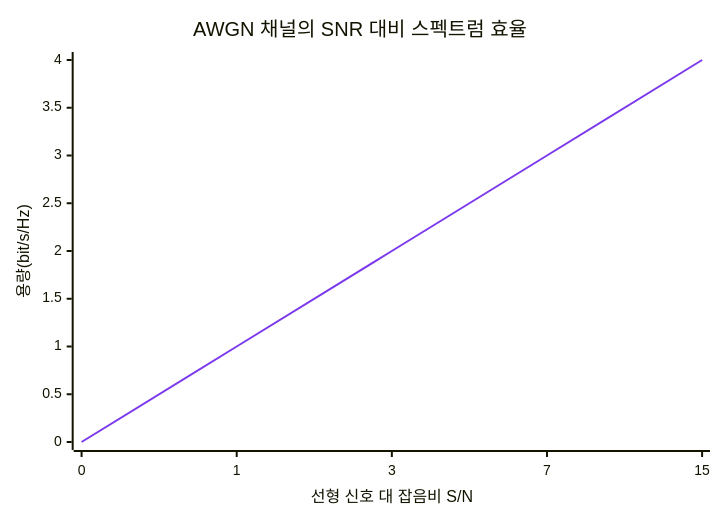
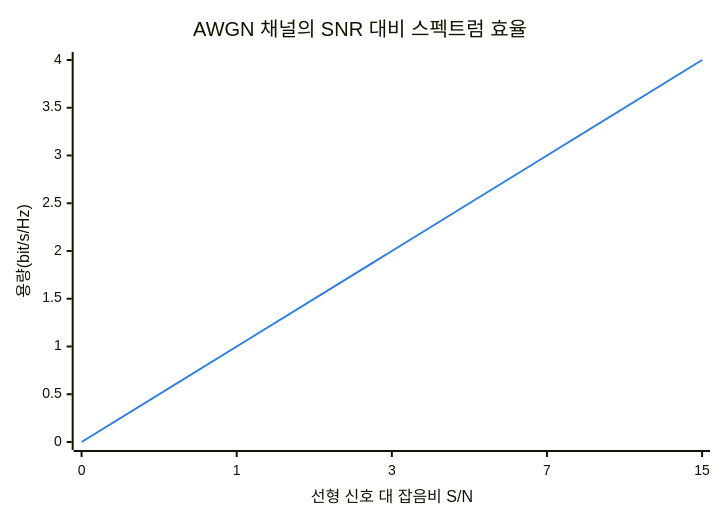
Before and after one commit to agnusdei1207/knowledge-base: the first of 4 diagrams in src/content/docs/notes/01-basic-theory/029_information_theory.md, drawn with Mermaid. The commit also changed other lines of this file and 20 other files, not shown here.

````diff
--- a/src/content/docs/notes/01-basic-theory/029_information_theory.md
+++ b/src/content/docs/notes/01-basic-theory/029_information_theory.md
@@ -58,13 +58,8 @@
 ```mermaid
----
-config:
-  themeVariables:
-    xyChart:
-      plotColorPalette: "#7C3AED"
----
+%%{init: {"themeVariables": {"xyChart": {"plotColorPalette": "#3080dd, #d95926"}}} }%%
 xychart-beta
     title "AWGN 채널의 SNR 대비 스펙트럼 효율"
     x-axis "선형 신호 대 잡음비 S/N" [0, 1, 3, 7, 15]
     y-axis "용량(bit/s/Hz)" 0 --> 4
     line [0, 1, 2, 3, 4]
 ```
````
